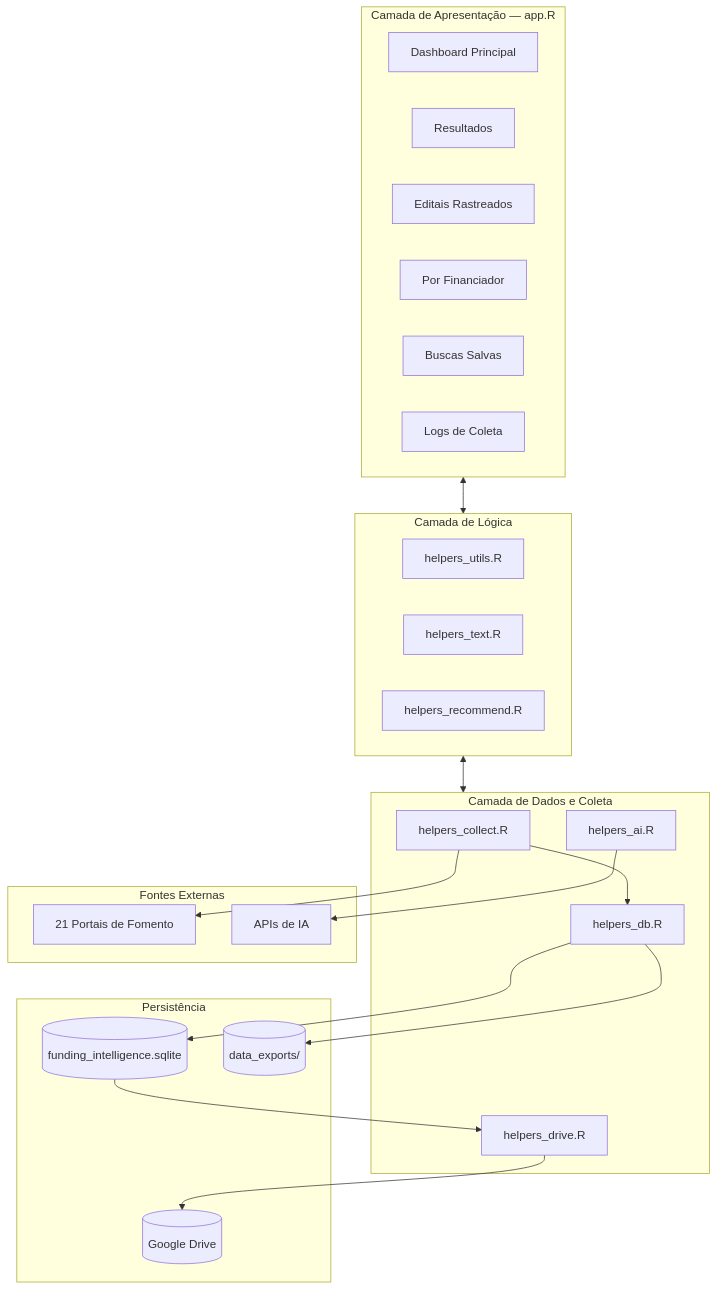
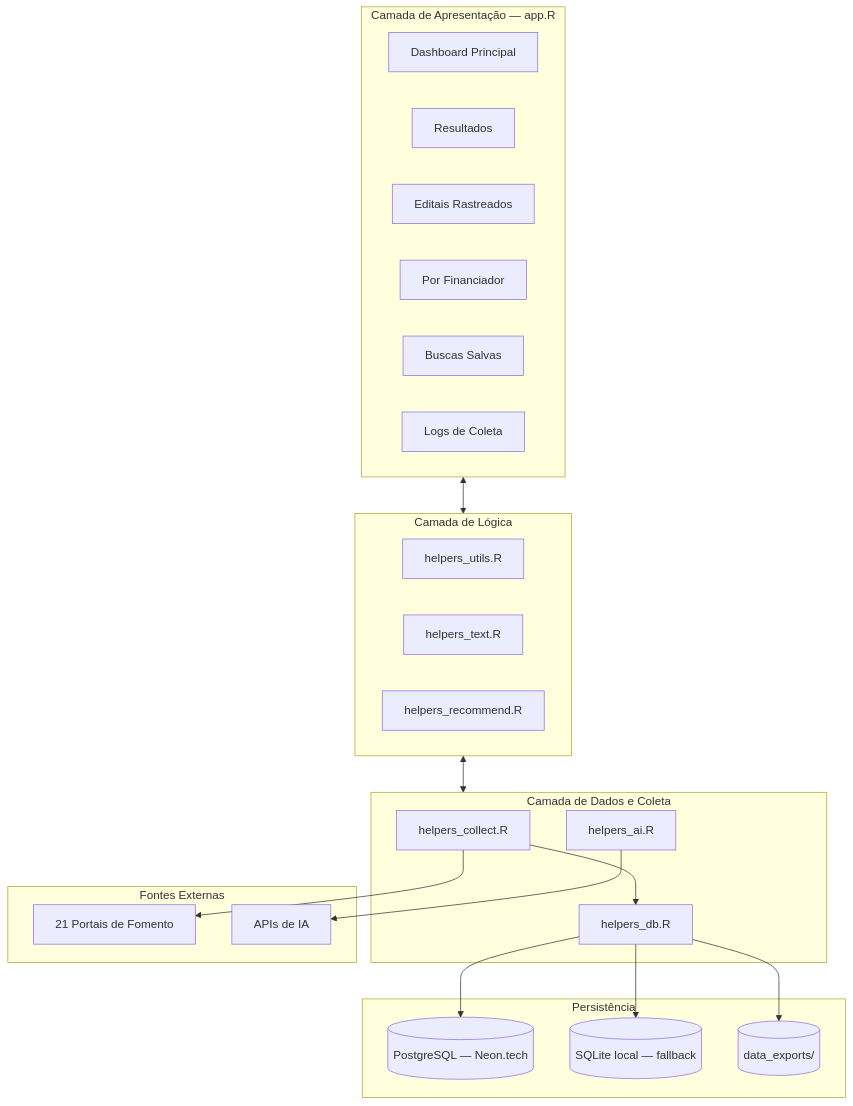
Before and after one commit to NEI-Senai-Cimatec/funding_intelligence: the diagram in README.md, drawn with Mermaid. The commit also changed other lines of this file and 41 other files, not shown here.

````diff
--- a/README.md
+++ b/README.md
@@ -71,45 +73,43 @@
 ```mermaid
 flowchart TD
     subgraph UI [Camada de Apresentação — app.R]
         Dashboard[Dashboard Principal]
         TabResultados[Resultados]
         TabRastreados[Editais Rastreados]
         TabFinanciador[Por Financiador]
         TabBuscas[Buscas Salvas]
         TabLogs[Logs de Coleta]
     end
 
     subgraph Core [Camada de Lógica]
         Utils[helpers_utils.R]
         TextSearch[helpers_text.R]
         Recommend[helpers_recommend.R]
     end
 
     subgraph Data [Camada de Dados e Coleta]
         Collect[helpers_collect.R]
         DB[helpers_db.R]
         AI[helpers_ai.R]
-        Drive[helpers_drive.R]
     end
 
     subgraph Storage [Persistência]
-        SQLite[(funding_intelligence.sqlite)]
-        GDrive[(Google Drive)]
+        Neon[(PostgreSQL — Neon.tech)]
+        SQLite[(SQLite local — fallback)]
         Exports[(data_exports/)]
     end
 
     subgraph External [Fontes Externas]
         Fontes[21 Portais de Fomento]
         LLMAPIs[APIs de IA]
     end
 
     UI <--> Core
     Core <--> Data
     Collect --> Fontes
     AI --> LLMAPIs
+    DB --> Neon
     DB --> SQLite
-    Drive --> GDrive
     Collect --> DB
     DB --> Exports
-    SQLite --> Drive
 ```
````
